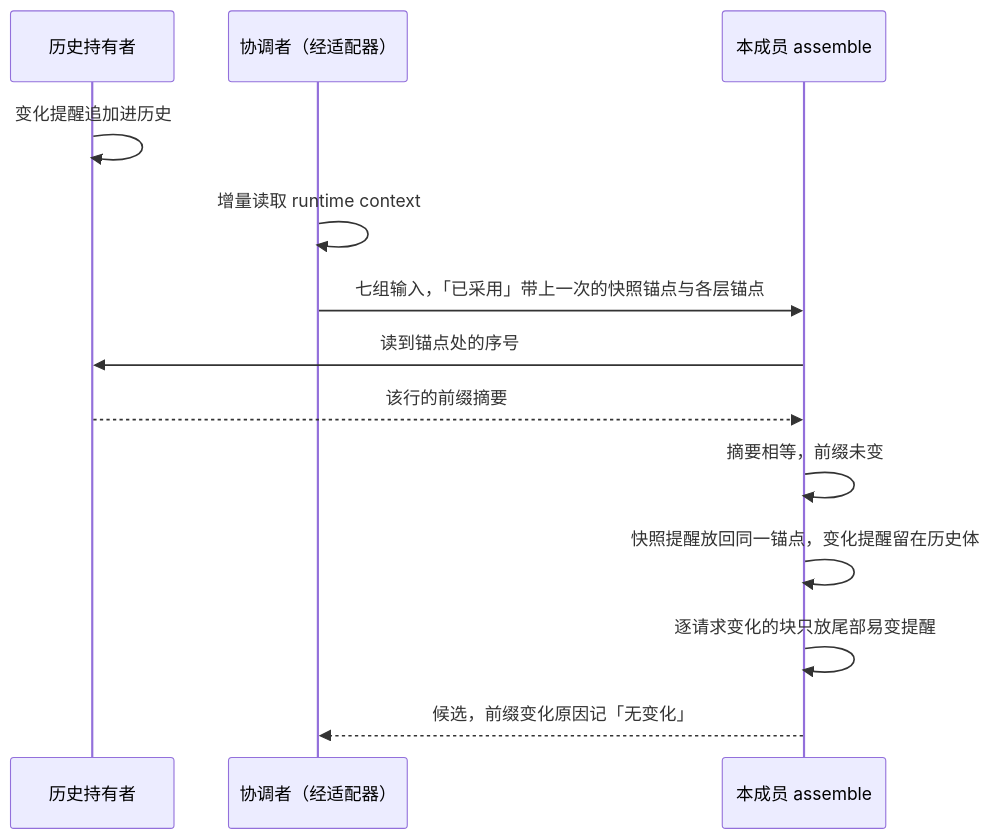
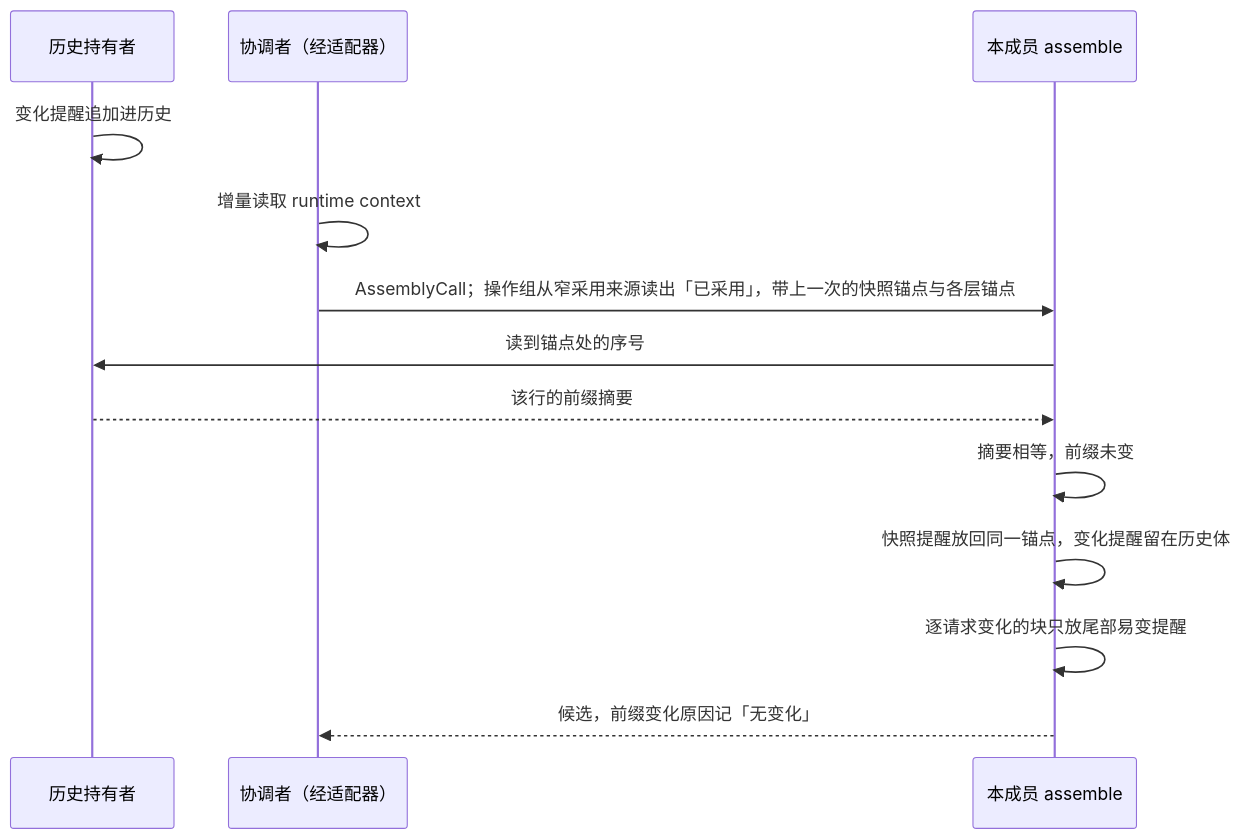
The second of 6 diagrams in packages/context/request-context-contract/docs/flows.md (nemori-ai/omne-harness-lite), drawn with Mermaid before and after one commit. The commit also changed other lines of this file and 28 other files, not shown here.

````diff
--- a/packages/context/request-context-contract/docs/flows.md
+++ b/packages/context/request-context-contract/docs/flows.md
@@ -57,15 +66,15 @@
 ```mermaid
 sequenceDiagram
   participant H as 历史持有者
   participant C as 协调者（经适配器）
   participant A as 本成员 assemble
   H->>H: 变化提醒追加进历史
   C->>C: 增量读取 runtime context
-  C->>A: 七组输入，「已采用」带上一次的快照锚点与各层锚点
+  C->>A: AssemblyCall；操作组从窄采用来源读出「已采用」，带上一次的快照锚点与各层锚点
   A->>H: 读到锚点处的序号
   H-->>A: 该行的前缀摘要
   A->>A: 摘要相等，前缀未变
   A->>A: 快照提醒放回同一锚点，变化提醒留在历史体
   A->>A: 逐请求变化的块只放尾部易变提醒
   A-->>C: 候选，前缀变化原因记「无变化」
 ```
````
